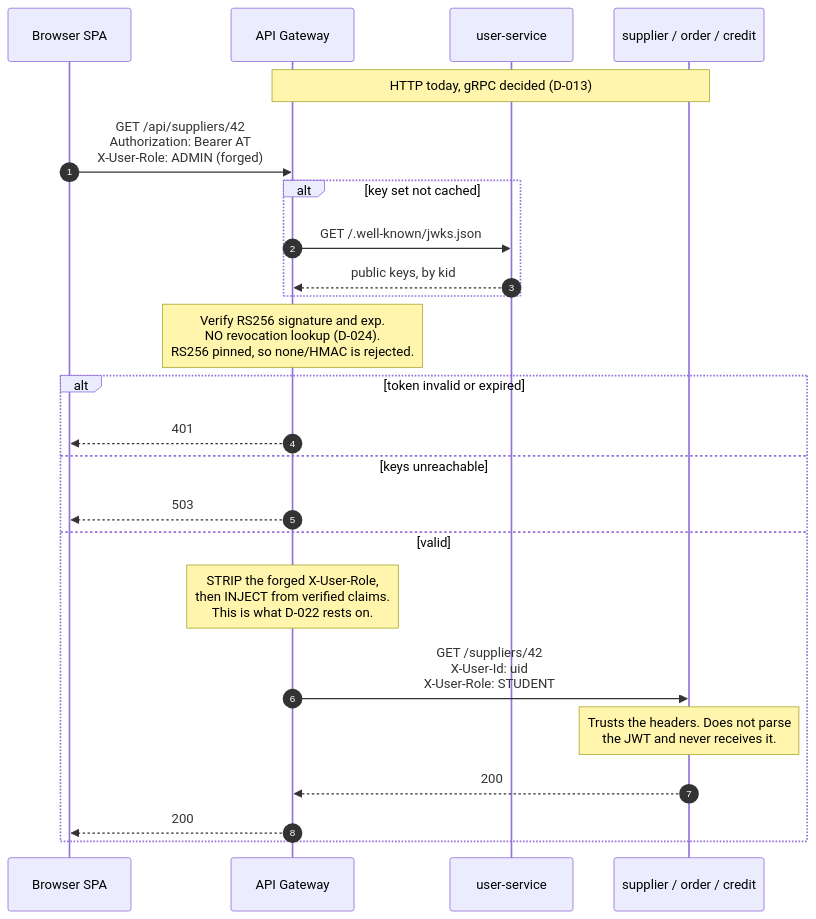
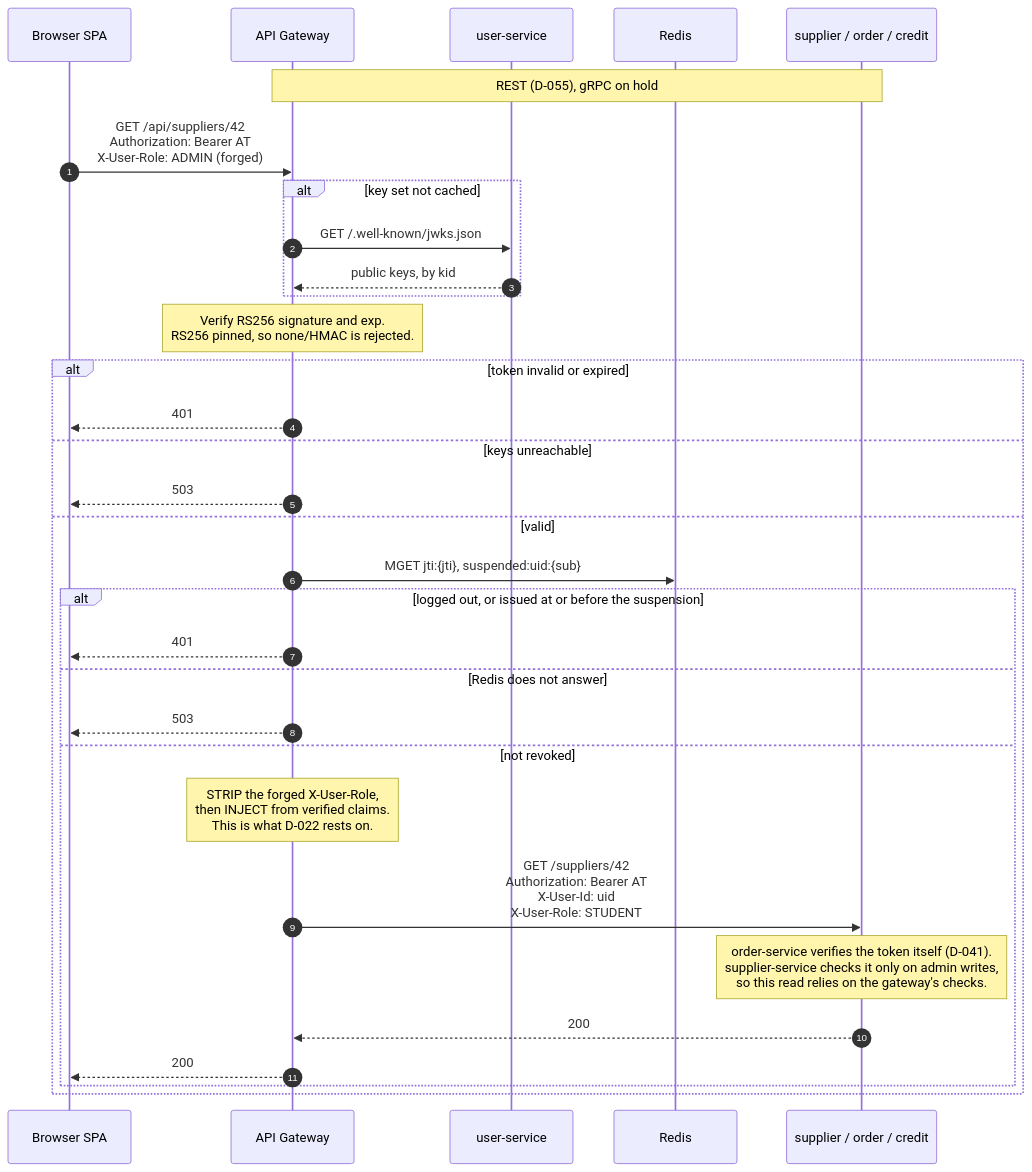
One commit to AY2627S1-CS3219-P2/FoC changed the third of 6 diagrams in ai/decisions/architecture.md. Above: the diagram before and after it, drawn with Mermaid. The commit also changed other lines of this file and 23 other files, not shown here.

First line of the commit message:
feat(api-gateway): refuse revoked access tokens on every authenticated route (#29) (#51)

````diff
--- a/ai/decisions/architecture.md
+++ b/ai/decisions/architecture.md
@@ -114,30 +116,38 @@
 ```mermaid
 sequenceDiagram
     autonumber
     participant UI as Browser SPA
     participant GW as API Gateway
     participant US as user-service
+    participant RDS as Redis
     participant SVC as supplier / order / credit
-    Note over GW,SVC: HTTP today, gRPC decided (D-013)
+    Note over GW,SVC: REST (D-055), gRPC on hold
 
     UI->>GW: GET /api/suppliers/42<br/>Authorization: Bearer AT<br/>X-User-Role: ADMIN (forged)
 
     alt key set not cached
         GW->>US: GET /.well-known/jwks.json
         US-->>GW: public keys, by kid
     end
 
-    Note over GW: Verify RS256 signature and exp.<br/>NO revocation lookup (D-024).<br/>RS256 pinned, so none/HMAC is rejected.
+    Note over GW: Verify RS256 signature and exp.<br/>RS256 pinned, so none/HMAC is rejected.
 
     alt token invalid or expired
         GW-->>UI: 401
     else keys unreachable
         GW-->>UI: 503
     else valid
-        Note over GW: STRIP the forged X-User-Role,<br/>then INJECT from verified claims.<br/>This is what D-022 rests on.
-        GW->>SVC: GET /suppliers/42<br/>X-User-Id: uid<br/>X-User-Role: STUDENT
-        Note over SVC: Trusts the headers. Does not parse<br/>the JWT and never receives it.
-        SVC-->>GW: 200
-        GW-->>UI: 200
+        GW->>RDS: MGET jti:{jti}, suspended:uid:{sub}
+        alt logged out, or issued at or before the suspension
+            GW-->>UI: 401
+        else Redis does not answer
+            GW-->>UI: 503
+        else not revoked
+            Note over GW: STRIP the forged X-User-Role,<br/>then INJECT from verified claims.<br/>This is what D-022 rests on.
+            GW->>SVC: GET /suppliers/42<br/>Authorization: Bearer AT<br/>X-User-Id: uid<br/>X-User-Role: STUDENT
+            Note over SVC: order-service verifies the token itself (D-041).<br/>supplier-service checks it only on admin writes,<br/>so this read relies on the gateway's checks.
+            SVC-->>GW: 200
+            GW-->>UI: 200
+        end
     end
 ```
````
